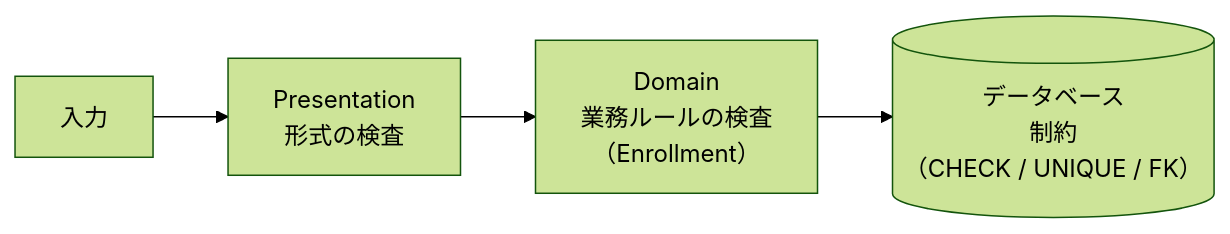
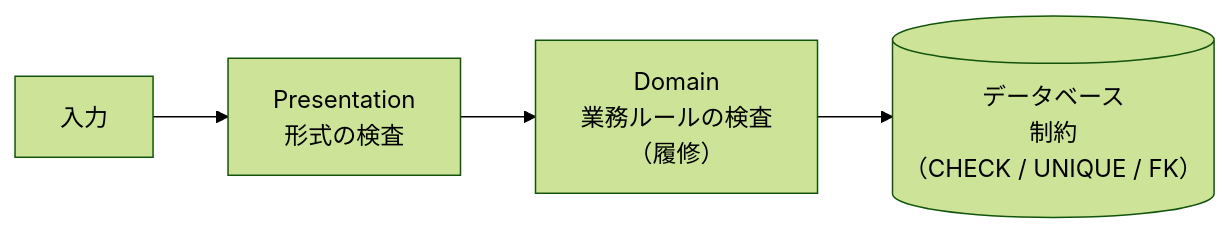
Before and after one commit to YTS0418/PRMN_SYSTEM_Lecture: the diagram in データベース/06_物理設計.md, drawn with Mermaid (forest theme). The commit also changed other lines of this file and 14 other files, not shown here.

````diff
--- a/データベース/06_物理設計.md
+++ b/データベース/06_物理設計.md
@@ -176,4 +176,4 @@
 ```mermaid
 flowchart LR
-    in["入力"] --> pres["Presentation<br>形式の検査"] --> dom["Domain<br>業務ルールの検査<br>（Enrollment）"] --> db[("データベース<br>制約<br>（CHECK / UNIQUE / FK）")]
+    in["入力"] --> pres["Presentation<br>形式の検査"] --> dom["Domain<br>業務ルールの検査<br>（履修）"] --> db[("データベース<br>制約<br>（CHECK / UNIQUE / FK）")]
 ```
````
